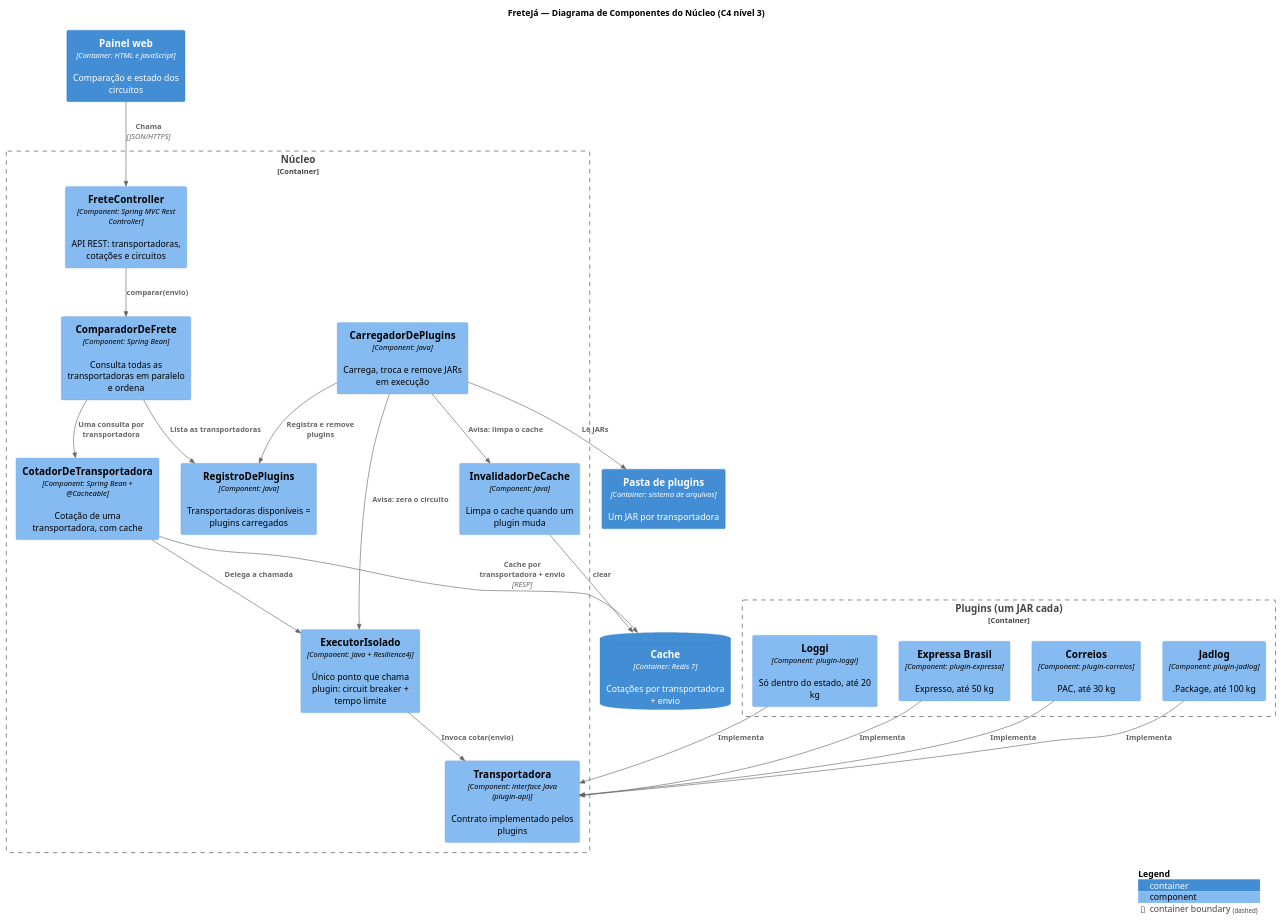
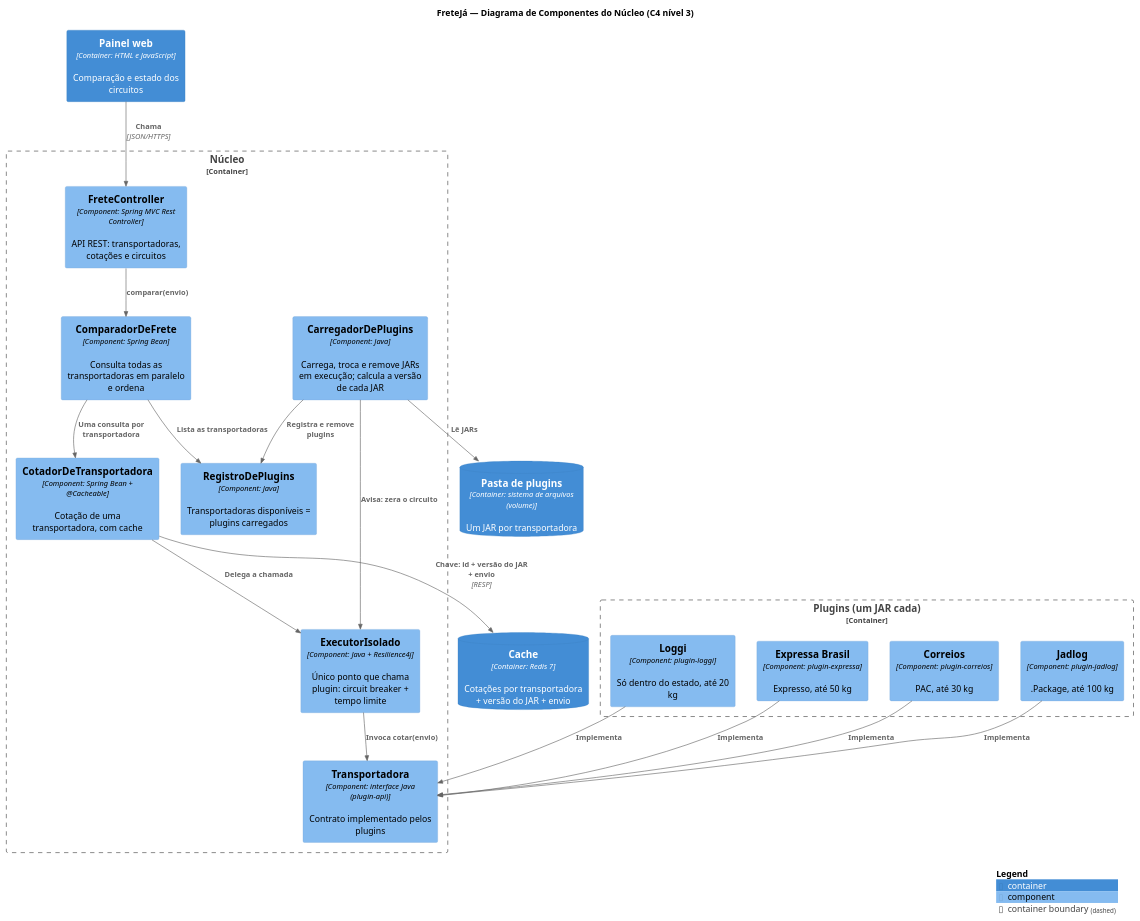
The diagram in docs/c4/3-componentes.puml (Bruno-GabrielDev/Frete-Ja), drawn with PlantUML before and after one commit. The commit also changed 18 other files, not shown here.

First line of the commit message:
refactor(cache): chave versionada pelo hash do JAR no lugar da limpeza do cache

```diff
--- a/docs/c4/3-componentes.puml
+++ b/docs/c4/3-componentes.puml
@@ -1,46 +1,43 @@
 @startuml
 !include https://raw.githubusercontent.com/plantuml-stdlib/C4-PlantUML/master/C4_Component.puml
 
 title FreteJá — Diagrama de Componentes do Núcleo (C4 nível 3)
 
 Container(painel, "Painel web", "Container: HTML e JavaScript", "Comparação e estado dos circuitos")
-ContainerDb(redis, "Cache", "Container: Redis 7", "Cotações por transportadora + envio")
-Container(pasta, "Pasta de plugins", "Container: sistema de arquivos", "Um JAR por transportadora")
+ContainerDb(redis, "Cache", "Container: Redis 7", "Cotações por transportadora + versão do JAR + envio")
+ContainerDb(pasta, "Pasta de plugins", "Container: sistema de arquivos (volume)", "Um JAR por transportadora")
 
 Container_Boundary(nucleo, "Núcleo") {
     Component(api, "FreteController", "Component: Spring MVC Rest Controller", "API REST: transportadoras, cotações e circuitos")
     Component(comparador, "ComparadorDeFrete", "Component: Spring Bean", "Consulta todas as transportadoras em paralelo e ordena")
     Component(cotador, "CotadorDeTransportadora", "Component: Spring Bean + @Cacheable", "Cotação de uma transportadora, com cache")
     Component(executor, "ExecutorIsolado", "Component: Java + Resilience4j", "Único ponto que chama plugin: circuit breaker + tempo limite")
     Component(registro, "RegistroDePlugins", "Component: Java", "Transportadoras disponíveis = plugins carregados")
-    Component(carregador, "CarregadorDePlugins", "Component: Java", "Carrega, troca e remove JARs em execução")
-    Component(invalidador, "InvalidadorDeCache", "Component: Java", "Limpa o cache quando um plugin muda")
+    Component(carregador, "CarregadorDePlugins", "Component: Java", "Carrega, troca e remove JARs em execução; calcula a versão de cada JAR")
     Component(contrato, "Transportadora", "Component: interface Java (plugin-api)", "Contrato implementado pelos plugins")
 }
 
 Container_Boundary(plugins, "Plugins (um JAR cada)") {
     Component(correios, "Correios", "Component: plugin-correios", "PAC, até 30 kg")
     Component(jadlog, "Jadlog", "Component: plugin-jadlog", ".Package, até 100 kg")
     Component(loggi, "Loggi", "Component: plugin-loggi", "Só dentro do estado, até 20 kg")
     Component(expressa, "Expressa Brasil", "Component: plugin-expressa", "Expresso, até 50 kg")
 }
 
 Rel(painel, api, "Chama", "JSON/HTTPS")
 Rel(api, comparador, "comparar(envio)")
 Rel(comparador, registro, "Lista as transportadoras")
 Rel(comparador, cotador, "Uma consulta por transportadora")
-Rel(cotador, redis, "Cache por transportadora + envio", "RESP")
+Rel(cotador, redis, "Chave: id + versão do JAR + envio", "RESP")
 Rel(cotador, executor, "Delega a chamada")
 Rel(executor, contrato, "Invoca cotar(envio)")
 Rel(correios, contrato, "Implementa")
 Rel(jadlog, contrato, "Implementa")
 Rel(loggi, contrato, "Implementa")
 Rel(expressa, contrato, "Implementa")
 Rel(carregador, pasta, "Lê JARs")
 Rel(carregador, registro, "Registra e remove plugins")
 Rel(carregador, executor, "Avisa: zera o circuito")
-Rel(carregador, invalidador, "Avisa: limpa o cache")
-Rel(invalidador, redis, "clear")
 
 SHOW_LEGEND()
 @enduml
```
